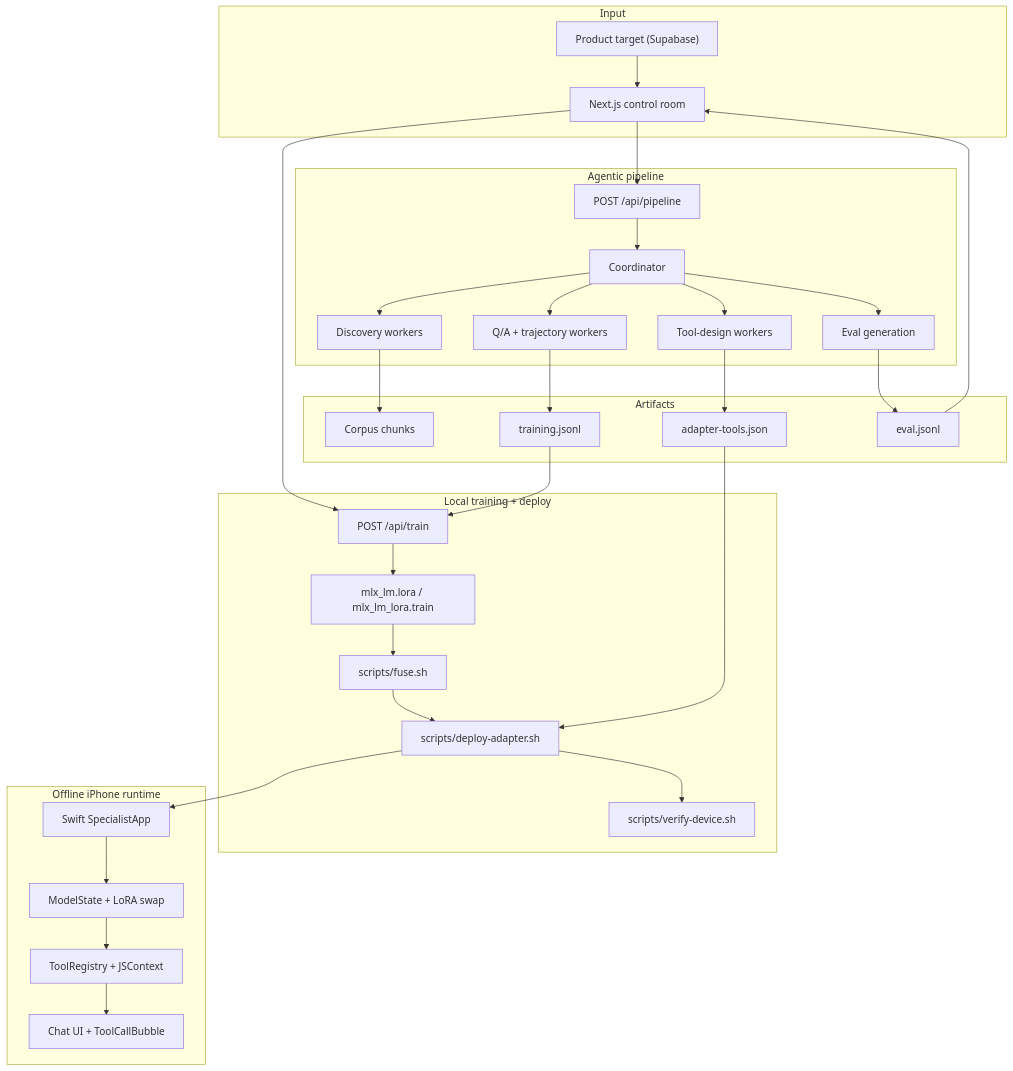
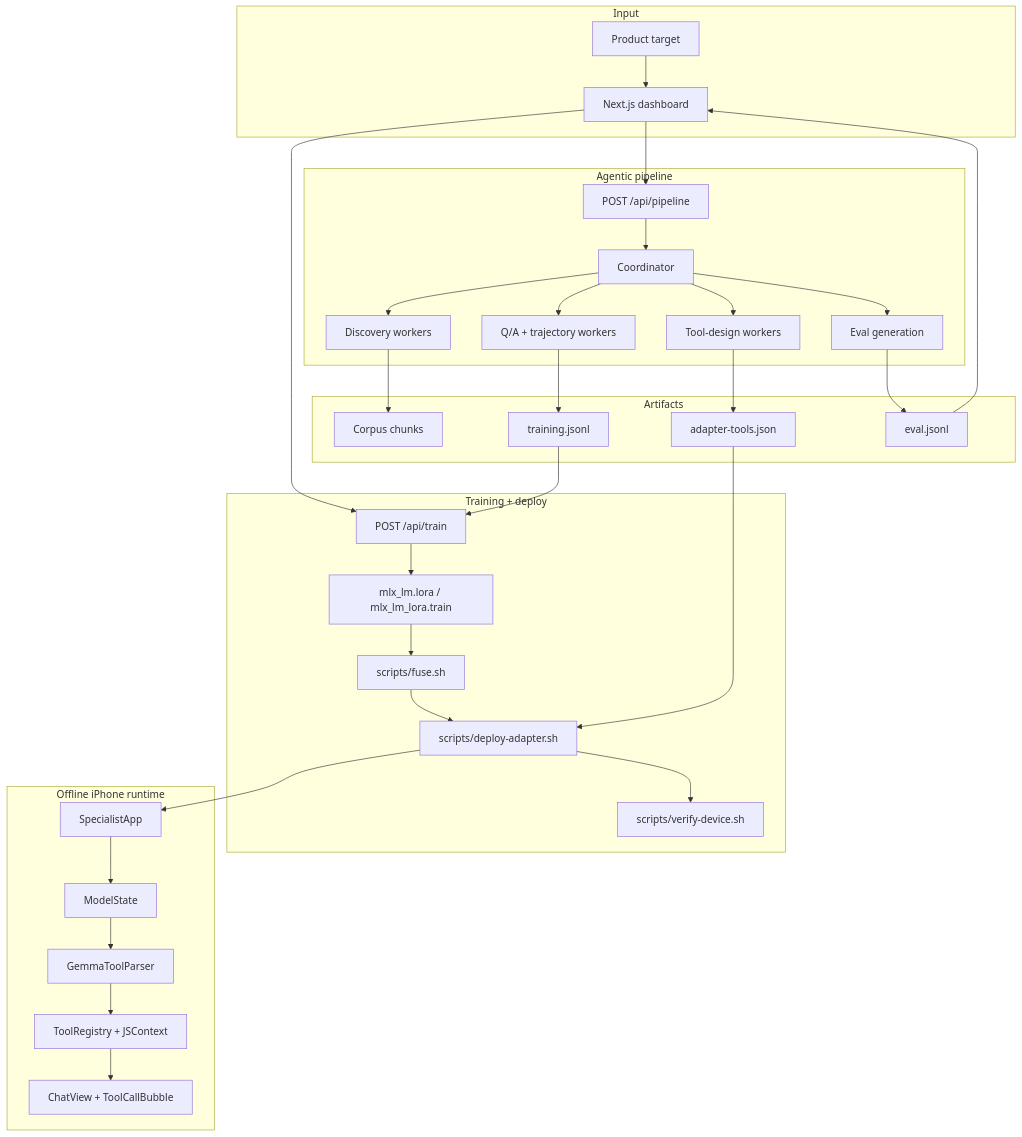
The first of 3 diagrams in README.md (Julian-AT/codex-hackathon), drawn with Mermaid before and after one commit. The commit also changed other lines of this file and 25 other files, not shown here.

````diff
--- a/README.md
+++ b/README.md
@@ -55,50 +73,51 @@
 ```mermaid
 flowchart TB
-  subgraph input ["Input"]
-    USER["Product target (Supabase)"]
-    DASH["Next.js control room"]
+  subgraph input [Input]
+    USER["Product target"]
+    DASH["Next.js dashboard"]
   end
 
-  subgraph swarm ["Agentic pipeline"]
+  subgraph swarm [Agentic pipeline]
     PIPE["POST /api/pipeline"]
     COORD["Coordinator"]
     DISC["Discovery workers"]
     TOOLS["Tool-design workers"]
     DATA["Q/A + trajectory workers"]
     EVALGEN["Eval generation"]
   end
 
-  subgraph artifacts ["Artifacts"]
+  subgraph artifacts [Artifacts]
     CORPUS["Corpus chunks"]
     MANIFEST["adapter-tools.json"]
     TRAINJSON["training.jsonl"]
     EVALJSON["eval.jsonl"]
   end
 
-  subgraph training ["Local training + deploy"]
+  subgraph training [Training + deploy]
     TRAIN["POST /api/train"]
     MLX["mlx_lm.lora / mlx_lm_lora.train"]
     FUSE["scripts/fuse.sh"]
     DEPLOY["scripts/deploy-adapter.sh"]
     VERIFY["scripts/verify-device.sh"]
   end
 
-  subgraph device ["Offline iPhone runtime"]
-    IOS["Swift SpecialistApp"]
-    MODEL["ModelState + LoRA swap"]
+  subgraph device [Offline iPhone runtime]
+    IOS["SpecialistApp"]
+    MODEL["ModelState"]
+    PARSER["GemmaToolParser"]
     REG["ToolRegistry + JSContext"]
-    CHAT["Chat UI + ToolCallBubble"]
+    CHAT["ChatView + ToolCallBubble"]
   end
 
   USER --> DASH --> PIPE --> COORD
   COORD --> DISC --> CORPUS
   COORD --> TOOLS --> MANIFEST
   COORD --> DATA --> TRAINJSON
   COORD --> EVALGEN --> EVALJSON
   DASH --> TRAIN --> MLX --> FUSE --> DEPLOY --> IOS
   DEPLOY --> VERIFY
-  IOS --> MODEL --> REG --> CHAT
+  IOS --> MODEL --> PARSER --> REG --> CHAT
   MANIFEST --> DEPLOY
   TRAINJSON --> TRAIN
   EVALJSON --> DASH
 ```
````
